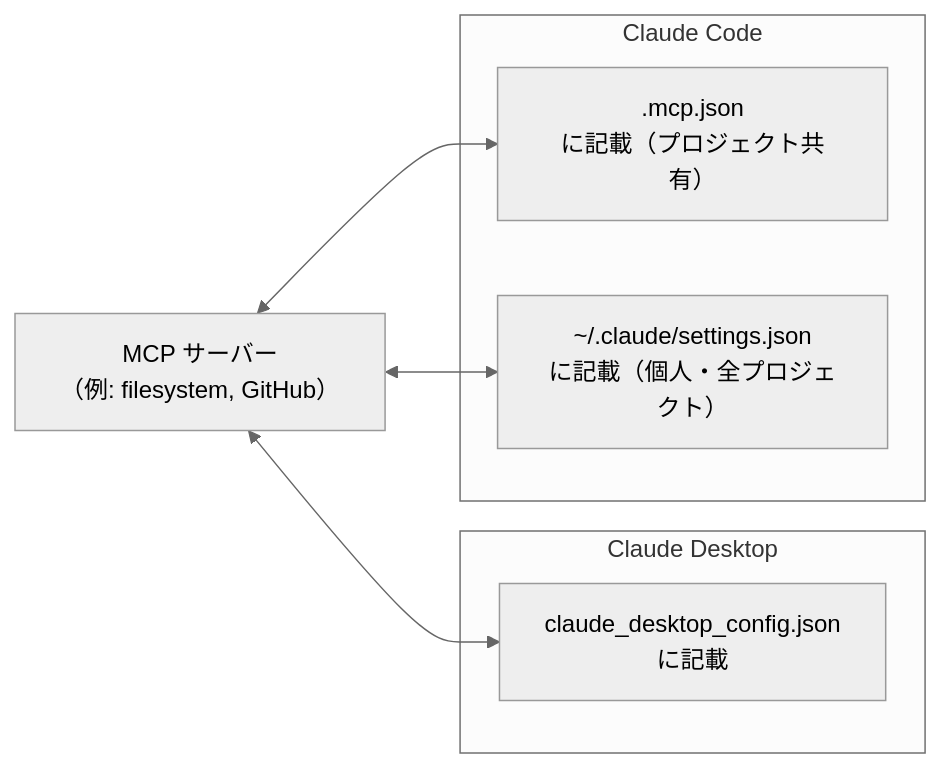
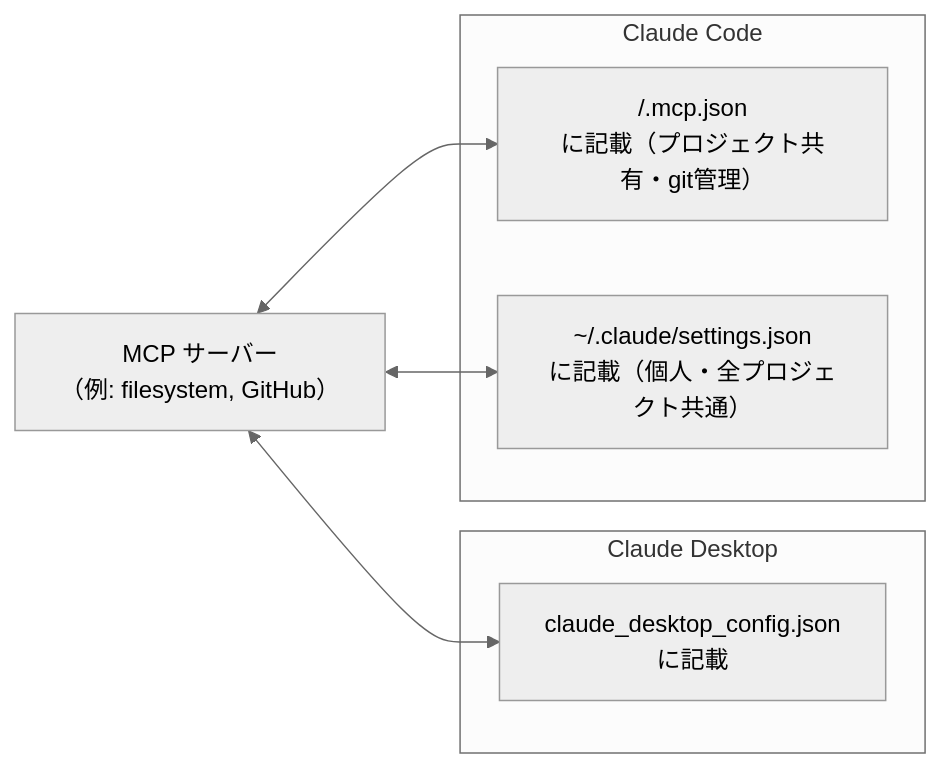
The seventh of 7 diagrams in README.md (zabaot/claude-project-template), drawn with Mermaid (neutral theme) before and after one commit. The commit also changed other lines of this file, not shown here.

Commit message:
Clarify file paths: distinguish home vs project-root locations

````diff
--- a/README.md
+++ b/README.md
@@ -308,17 +310,17 @@
 ```mermaid
 graph LR
     MCP["MCP サーバー\n（例: filesystem, GitHub）"]
 
     subgraph desktop["Claude Desktop"]
         DC["claude_desktop_config.json\nに記載"]
     end
 
     subgraph code["Claude Code"]
-        PC[".mcp.json\nに記載（プロジェクト共有）"]
-        UC["~/.claude/settings.json\nに記載（個人・全プロジェクト）"]
+        PC["<project>/.mcp.json\nに記載（プロジェクト共有・git管理）"]
+        UC["~/.claude/settings.json\nに記載（個人・全プロジェクト共通）"]
     end
 
     MCP <--> DC
     MCP <--> PC
     MCP <--> UC
 ```
````
